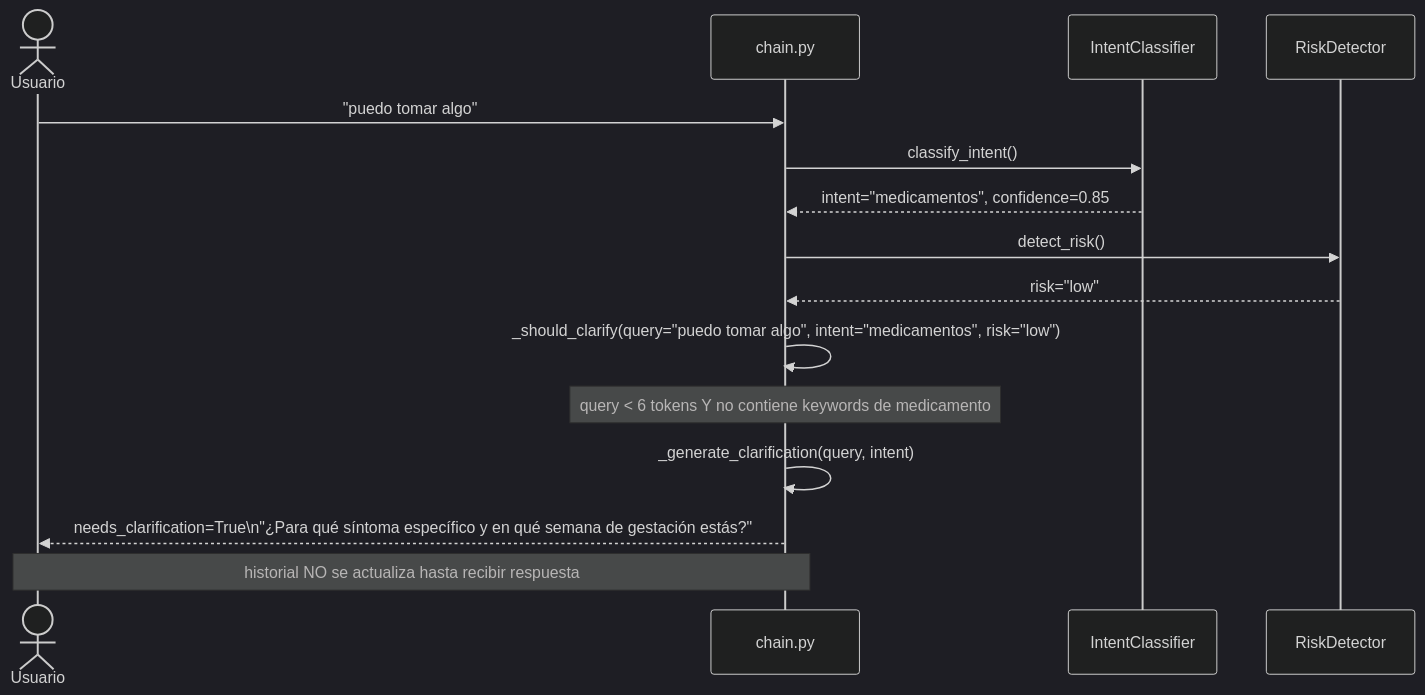
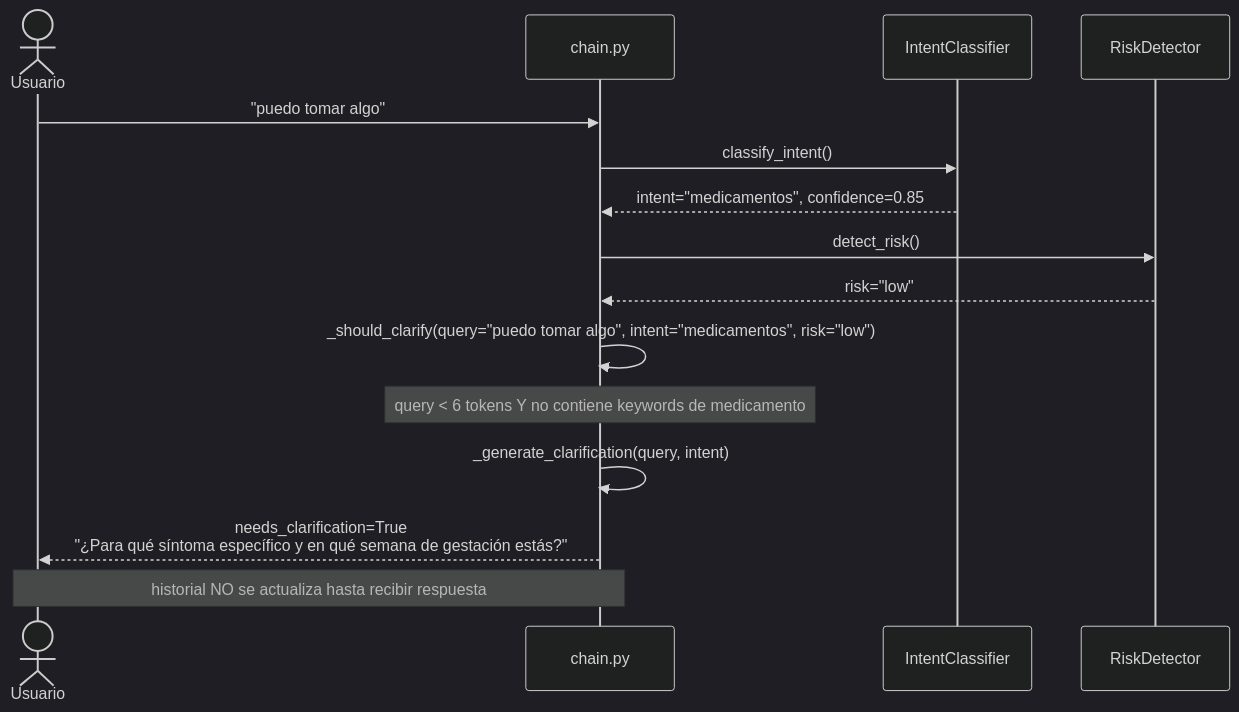
Before and after one commit to elrios893/maternas-rag: the eighth of 9 diagrams in docs/DOCUMENTACION.md, drawn with Mermaid (dark theme). The commit also changed other lines of this file and 1 other file, not shown here.

First line of the commit message:
fix(docs): saltos de linea en los diagramas de secuencia mermaid

````diff
--- a/docs/DOCUMENTACION.md
+++ b/docs/DOCUMENTACION.md
@@ -726,18 +726,18 @@
 ```mermaid
 sequenceDiagram
     actor U as Usuario
     participant CHAIN as chain.py
     participant IC as IntentClassifier
     participant RD as RiskDetector
 
     U->>CHAIN: "puedo tomar algo"
     CHAIN->>IC: classify_intent()
     IC-->>CHAIN: intent="medicamentos", confidence=0.85
     CHAIN->>RD: detect_risk()
     RD-->>CHAIN: risk="low"
     CHAIN->>CHAIN: _should_clarify(query="puedo tomar algo", intent="medicamentos", risk="low")
     Note over CHAIN: query < 6 tokens Y no contiene keywords de medicamento
     CHAIN->>CHAIN: _generate_clarification(query, intent)
-    CHAIN-->>U: needs_clarification=True\n"¿Para qué síntoma específico y en qué semana de gestación estás?"
+    CHAIN-->>U: needs_clarification=True<br/>"¿Para qué síntoma específico y en qué semana de gestación estás?"
     Note over U,CHAIN: historial NO se actualiza hasta recibir respuesta
 ```
````
